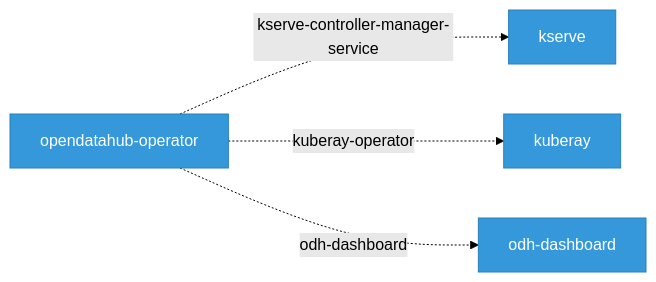
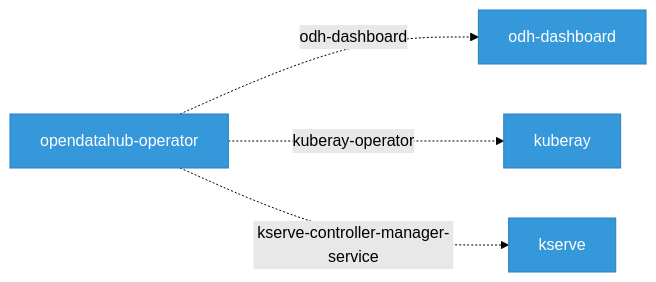
Before and after one commit to ugiordan/rhoai-architecture-analyzer: the second of 2 diagrams in site/docs/rhoai-platform/network-topology.md, drawn with Mermaid (forest theme). The commit also changed other lines of this file and 9 other files, not shown here.

First line of the commit message:
fix: diagram toolbar wrapper, CRD ownership from crds array, better chart descriptions

````diff
--- a/site/docs/rhoai-platform/network-topology.md
+++ b/site/docs/rhoai-platform/network-topology.md
@@ -138,13 +138,13 @@
 ```mermaid
 graph LR
     classDef comp fill:#3498db,stroke:#2980b9,color:#fff
 
     kserve["kserve"]:::comp
     kuberay["kuberay"]:::comp
     odh_dashboard["odh-dashboard"]:::comp
     opendatahub_operator["opendatahub-operator"]:::comp
 
+    opendatahub_operator -.->|"odh-dashboard"| odh_dashboard
+    opendatahub_operator -.->|"kuberay-operator"| kuberay
     opendatahub_operator -.->|"kserve-controller-manager-service"| kserve
-    opendatahub_operator -.->|"kuberay-operator"| kuberay
-    opendatahub_operator -.->|"odh-dashboard"| odh_dashboard
 ```
````
